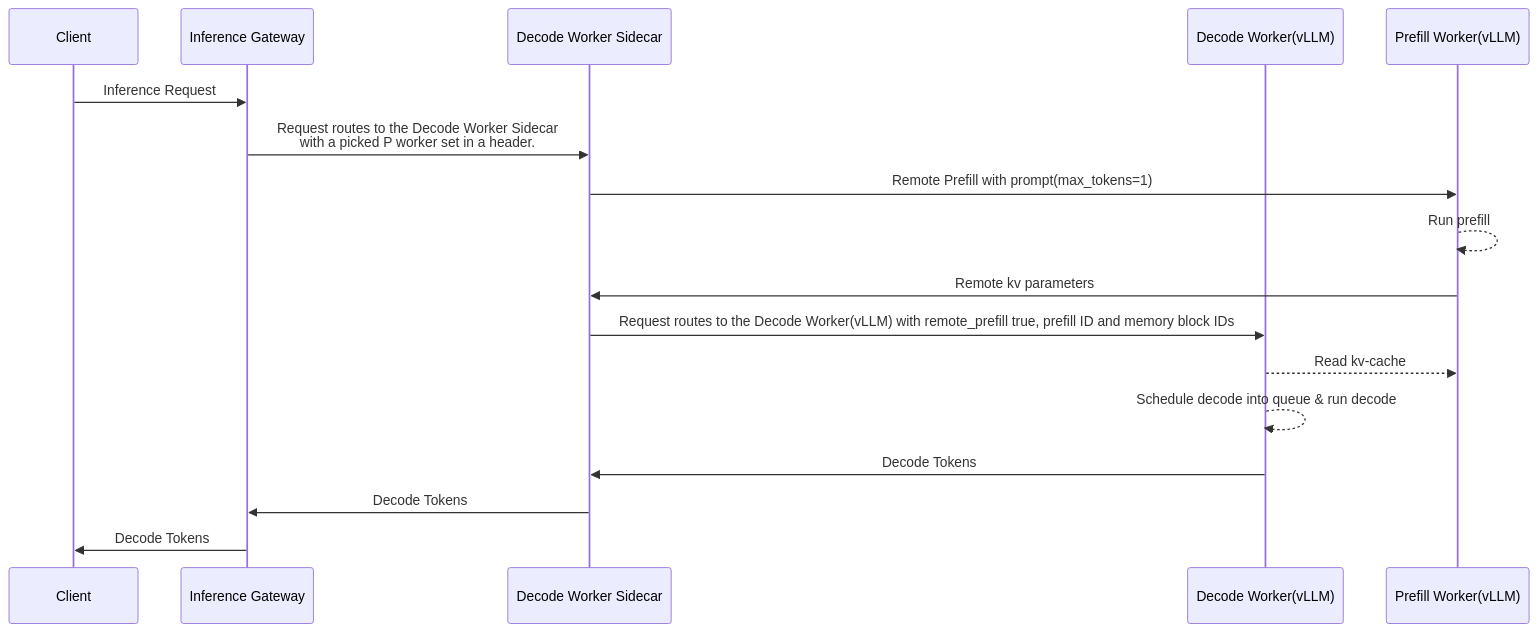
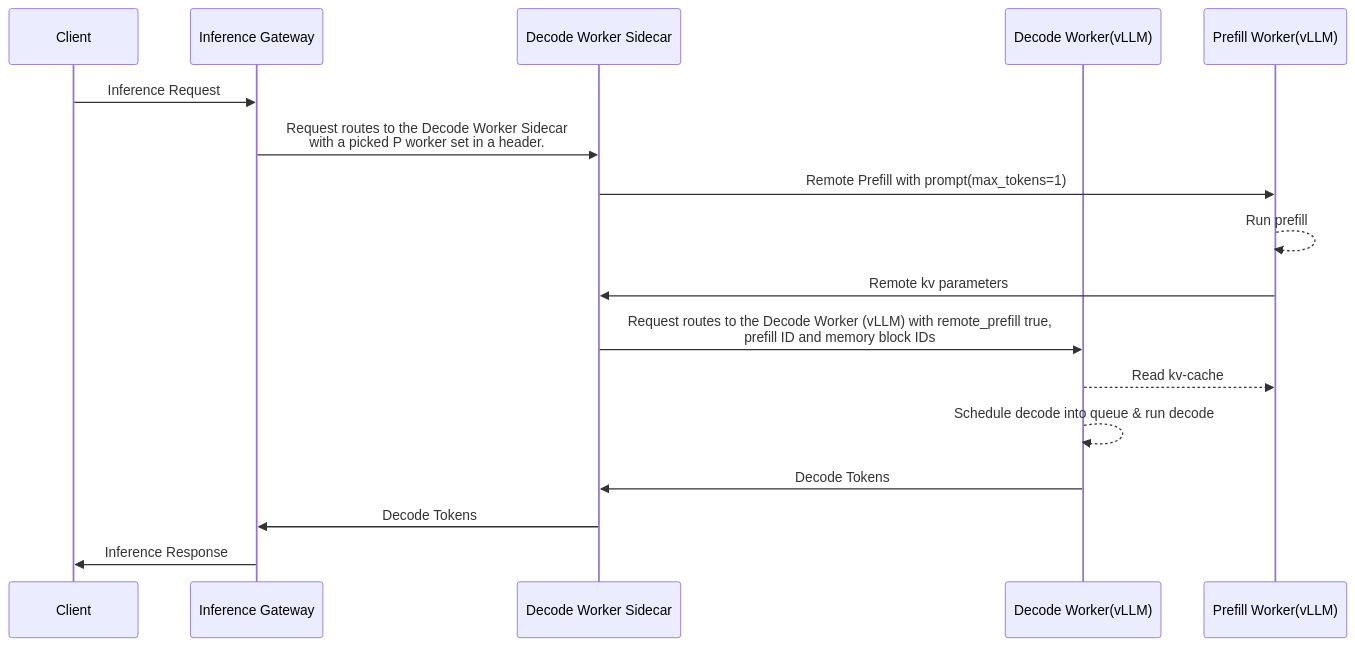
Before and after one commit to mayabar/llm-d-inference-scheduler: the diagram in docs/disagg_pd.md, drawn with Mermaid. The commit also changed other lines of this file, not shown here.

````diff
--- a/docs/disagg_pd.md
+++ b/docs/disagg_pd.md
@@ -63,21 +63,21 @@
 ```mermaid
 sequenceDiagram
   participant C as Client
   participant I as Inference Gateway
   participant DS as Decode Worker Sidecar
   participant D as Decode Worker(vLLM)
   participant P as Prefill Worker(vLLM)
 
 
   C->>I: Inference Request
   I->>DS: Request routes to the Decode Worker Sidecar <br/> with a picked P worker set in a header.
   DS->>P: Remote Prefill with prompt(max_tokens=1)
   P-->>P: Run prefill
   P->>DS: Remote kv parameters
-  DS->> D: Request routes to the Decode Worker(vLLM) with remote_prefill true, prefill ID and memory block IDs 
+  DS->> D: Request routes to the Decode Worker (vLLM) with remote_prefill true, <br/>prefill ID and memory block IDs 
         D-->>P: Read kv-cache
         D-->>D: Schedule decode into queue & run decode
   D->>DS: Decode Tokens
   DS->>I: Decode Tokens
-  I->>C: Decode Tokens
+  I->>C: Inference Response
 ```
````
